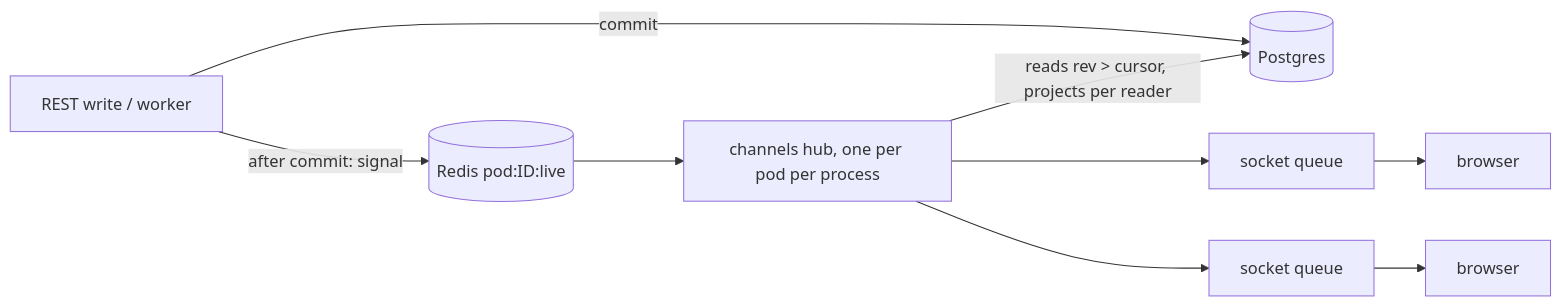
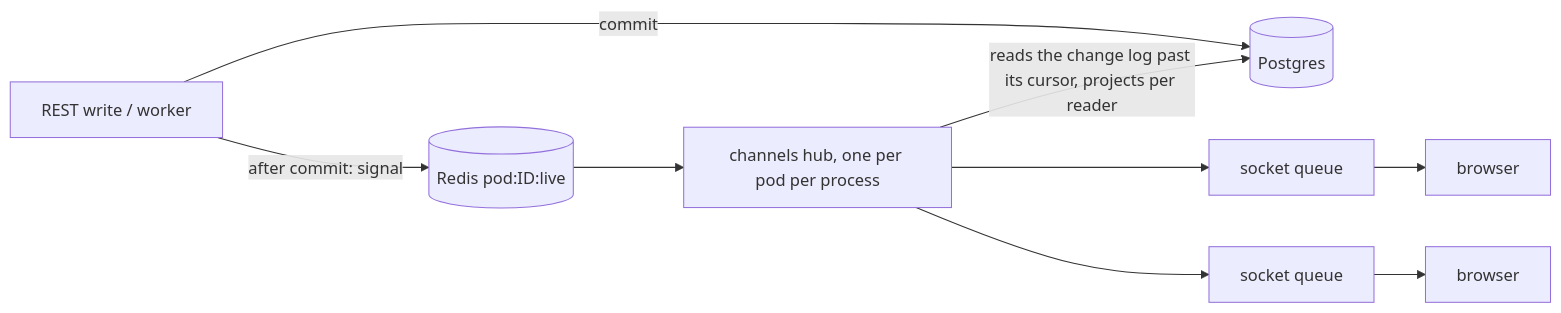
One commit to brainsparker/lemma-platform changed the diagram in lemma-backend/docs/modules/live.md. Above: the diagram before and after it, drawn with Mermaid. The commit also changed other lines of this file and 234 other files, not shown here.

````diff
--- a/lemma-backend/docs/modules/live.md
+++ b/lemma-backend/docs/modules/live.md
@@ -269,9 +270,9 @@
 ```mermaid
 flowchart LR
   W[REST write / worker] -->|commit| DB[(Postgres)]
   W -->|after commit: signal| R[(Redis pod:ID:live)]
   R --> H[channels hub, one per pod per process]
-  H -->|reads rev > cursor, projects per reader| DB
+  H -->|reads the change log past its cursor, projects per reader| DB
   H --> S1[socket queue] --> C1[browser]
   H --> S2[socket queue] --> C2[browser]
 ```
````
